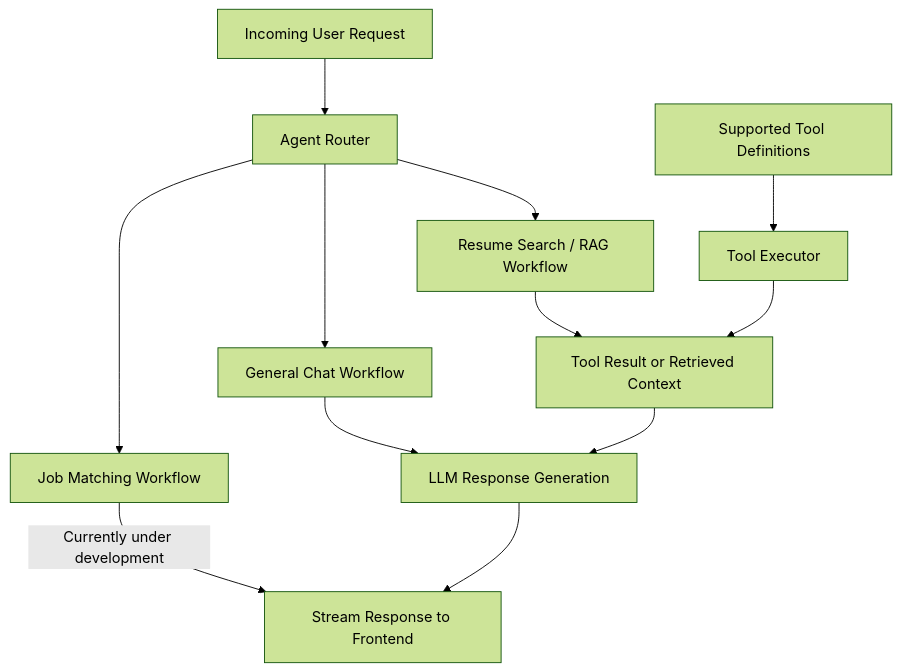
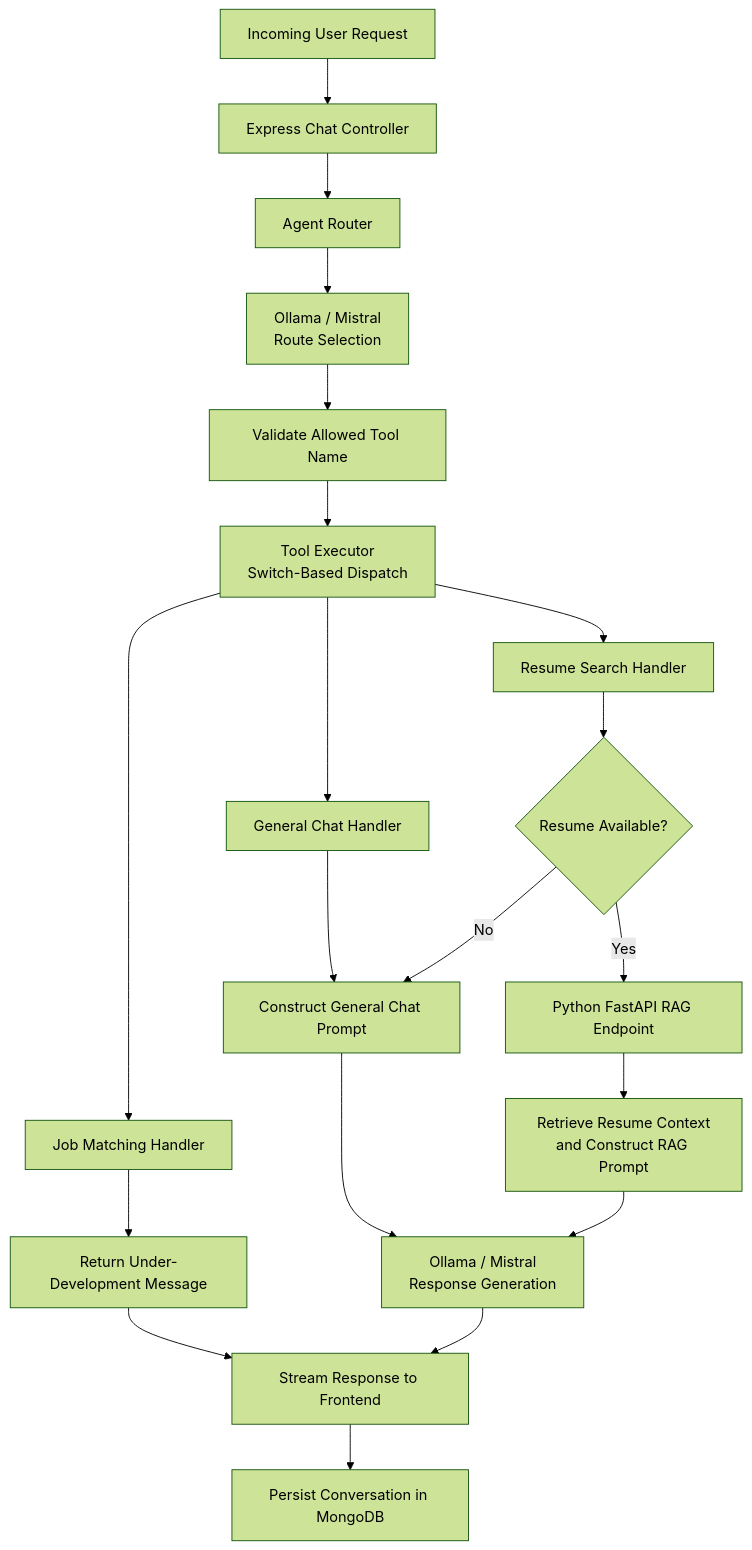
One commit to AyushSar1/AI-powered-job-tracker changed the fourth of 5 diagrams in README.md. Above: the diagram before and after it, drawn with Mermaid (forest theme). The commit also changed other lines of this file, not shown here.

Commit message:
docs: expand AI architecture

````diff
--- a/README.md
+++ b/README.md
@@ -237,25 +239,47 @@
 ```mermaid
 flowchart TD
     Q[Incoming User Request]
+    CHAT[Express Chat Controller]
     ROUTER[Agent Router]
-    GENERAL[General Chat Workflow]
-    RESUME[Resume Search / RAG Workflow]
-    JOB[Job Matching Workflow]
-    TOOLS[Supported Tool Definitions]
-    EXEC[Tool Executor]
-    RESULT[Tool Result or Retrieved Context]
-    LLM[LLM Response Generation]
+    LLM1[Ollama / Mistral<br/>Route Selection]
+    VALIDATE[Validate Allowed Tool Name]
+    EXEC[Tool Executor<br/>Switch-Based Dispatch]
+
+    GENERAL[General Chat Handler]
+    RESUME[Resume Search Handler]
+    JOB[Job Matching Handler]
+
+    PROMPT[Construct General Chat Prompt]
+    CHECK{Resume Available?}
+    FASTAPI[Python FastAPI RAG Endpoint]
+    CONTEXT[Retrieve Resume Context<br/>and Construct RAG Prompt]
+    LLM2[Ollama / Mistral<br/>Response Generation]
+
+    JOBMSG[Return Under-Development Message]
     STREAM[Stream Response to Frontend]
+    SAVE[Persist Conversation in MongoDB]
 
-    Q --> ROUTER
-    ROUTER --> GENERAL
-    ROUTER --> RESUME
-    ROUTER --> JOB
-    GENERAL --> LLM
-    RESUME --> RESULT
-    TOOLS --> EXEC
-    EXEC --> RESULT
-    RESULT --> LLM
-    JOB -->|Currently under development| STREAM
-    LLM --> STREAM
+    Q --> CHAT
+    CHAT --> ROUTER
+    ROUTER --> LLM1
+    LLM1 --> VALIDATE
+    VALIDATE --> EXEC
+
+    EXEC --> GENERAL
+    EXEC --> RESUME
+    EXEC --> JOB
+
+    GENERAL --> PROMPT
+    PROMPT --> LLM2
+
+    RESUME --> CHECK
+    CHECK -->|Yes| FASTAPI
+    FASTAPI --> CONTEXT
+    CONTEXT --> LLM2
+    CHECK -->|No| PROMPT
+
+    JOB --> JOBMSG
+    JOBMSG --> STREAM
+    LLM2 --> STREAM
+    STREAM --> SAVE
 ```
````
